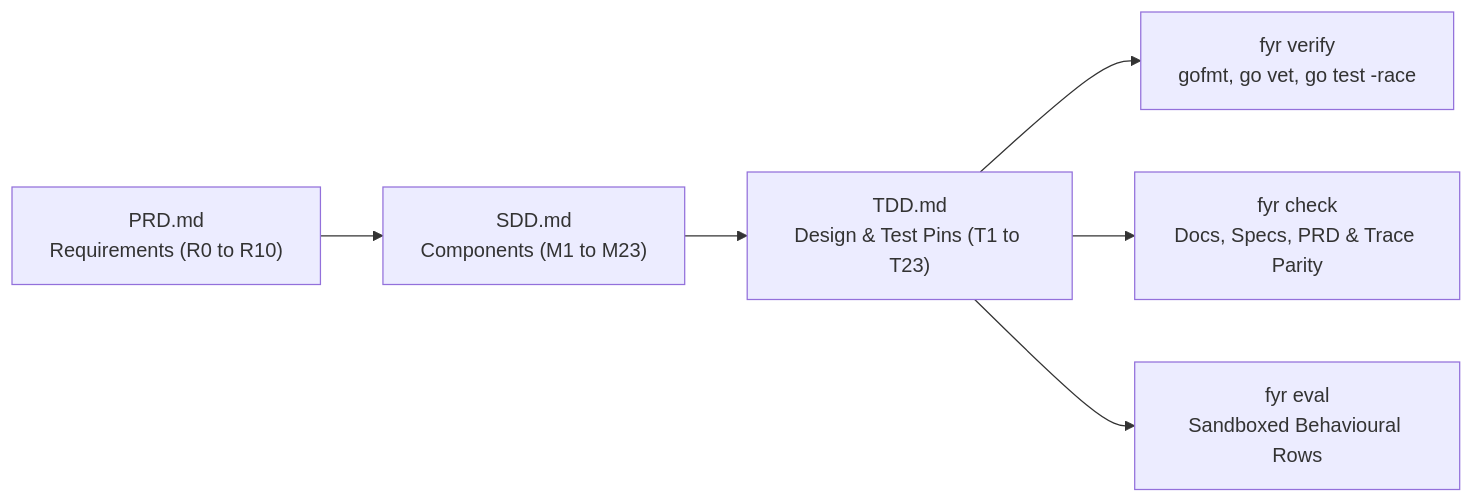
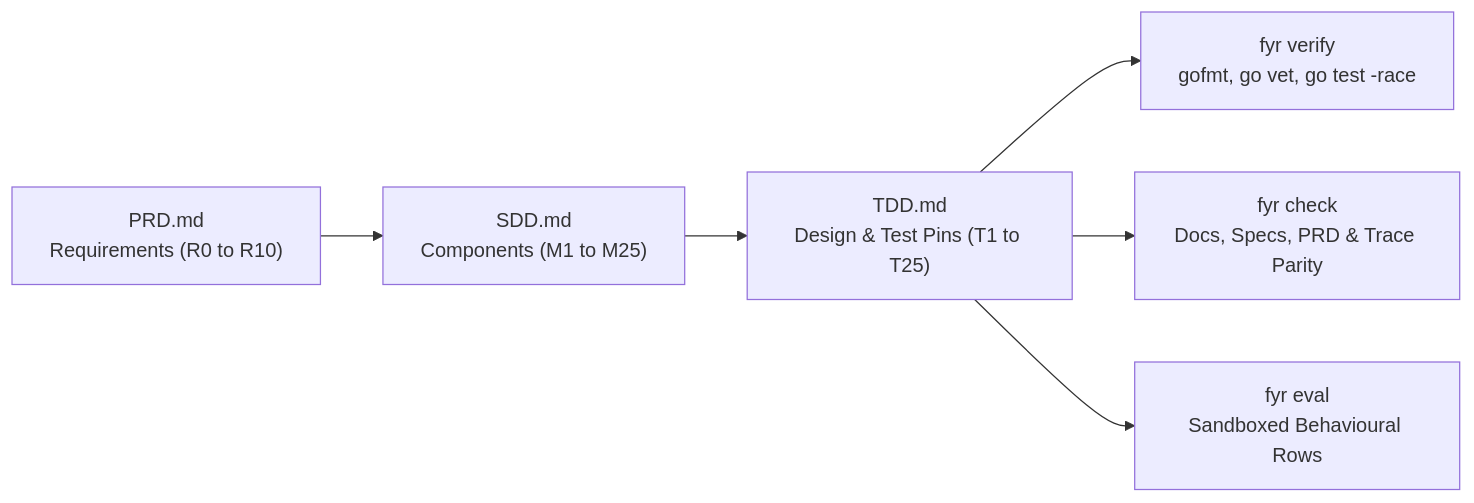
Before and after one commit to kesokaj/fyr: the diagram in TDD.md, drawn with Mermaid. The commit also changed other lines of this file and 12 other files, not shown here.

Commit message:
docs, graph, metrics: v9.4.0 living specs, reviews, Playwright E2E, and Wave 4b closeout

````diff
--- a/TDD.md
+++ b/TDD.md
@@ -11,8 +11,8 @@
 ```mermaid
 flowchart LR
-    prd["PRD.md\nRequirements (R0 to R10)"] --> sdd["SDD.md\nComponents (M1 to M23)"]
-    sdd --> tdd["TDD.md\nDesign & Test Pins (T1 to T23)"]
+    prd["PRD.md\nRequirements (R0 to R10)"] --> sdd["SDD.md\nComponents (M1 to M25)"]
+    sdd --> tdd["TDD.md\nDesign & Test Pins (T1 to T25)"]
     tdd --> verify["fyr verify\ngofmt, go vet, go test -race"]
     tdd --> check["fyr check\nDocs, Specs, PRD & Trace Parity"]
     tdd --> eval["fyr eval\nSandboxed Behavioural Rows"]
 ```
````
